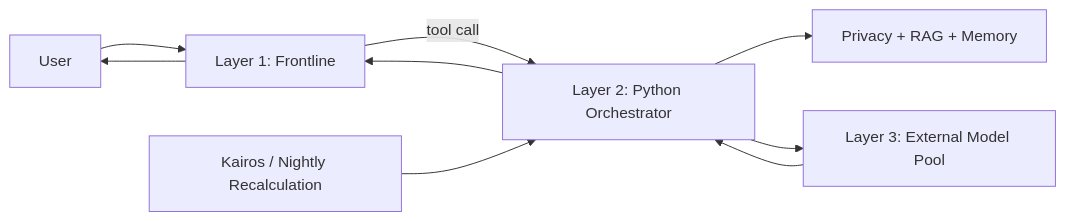
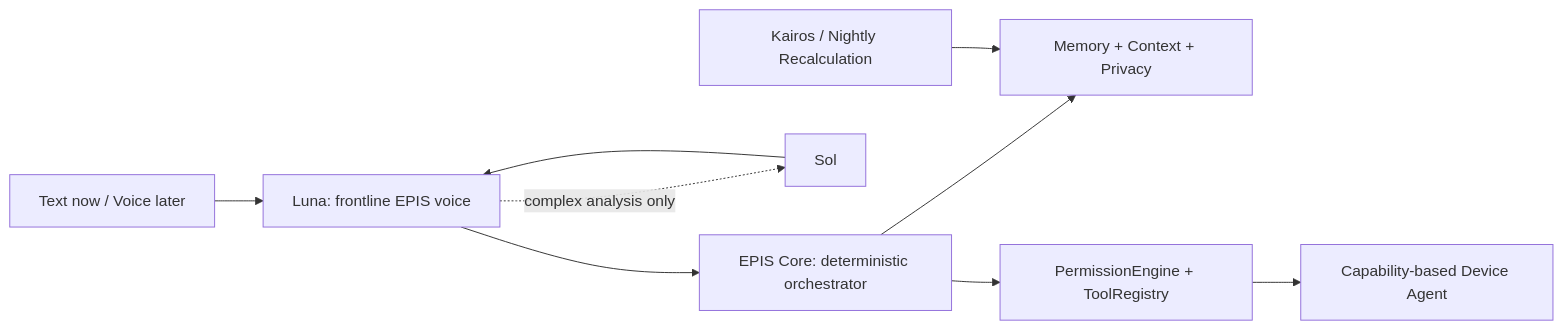
One commit to memirusta/EPIS changed the diagram in README.md. Above: the diagram before and after it, drawn with Mermaid. The commit also changed other lines of this file and 2 other files, not shown here.

Commit message:
docs: record agentic pivot architecture

````diff
--- a/README.md
+++ b/README.md
@@ -18,9 +18,11 @@
 ```mermaid
 flowchart LR
-    U[User] --> L1[Layer 1: Frontline]
-    L1 -->|tool call| L2[Layer 2: Python Orchestrator]
-    L2 --> P[Privacy + RAG + Memory]
-    L2 --> L3[Layer 3: External Model Pool]
-    L3 --> L2 --> L1 --> U
-    K[Kairos / Nightly Recalculation] --> L2
+    U[Text now / Voice later] --> L[Luna: frontline EPIS voice]
+    L --> C[EPIS Core: deterministic orchestrator]
+    C --> M[Memory + Context + Privacy]
+    C --> T[PermissionEngine + ToolRegistry]
+    T --> D[Capability-based Device Agent]
+    L -. complex analysis only .-> S[Sol]
+    S --> L
+    K[Kairos / Nightly Recalculation] --> M
 ```
````
